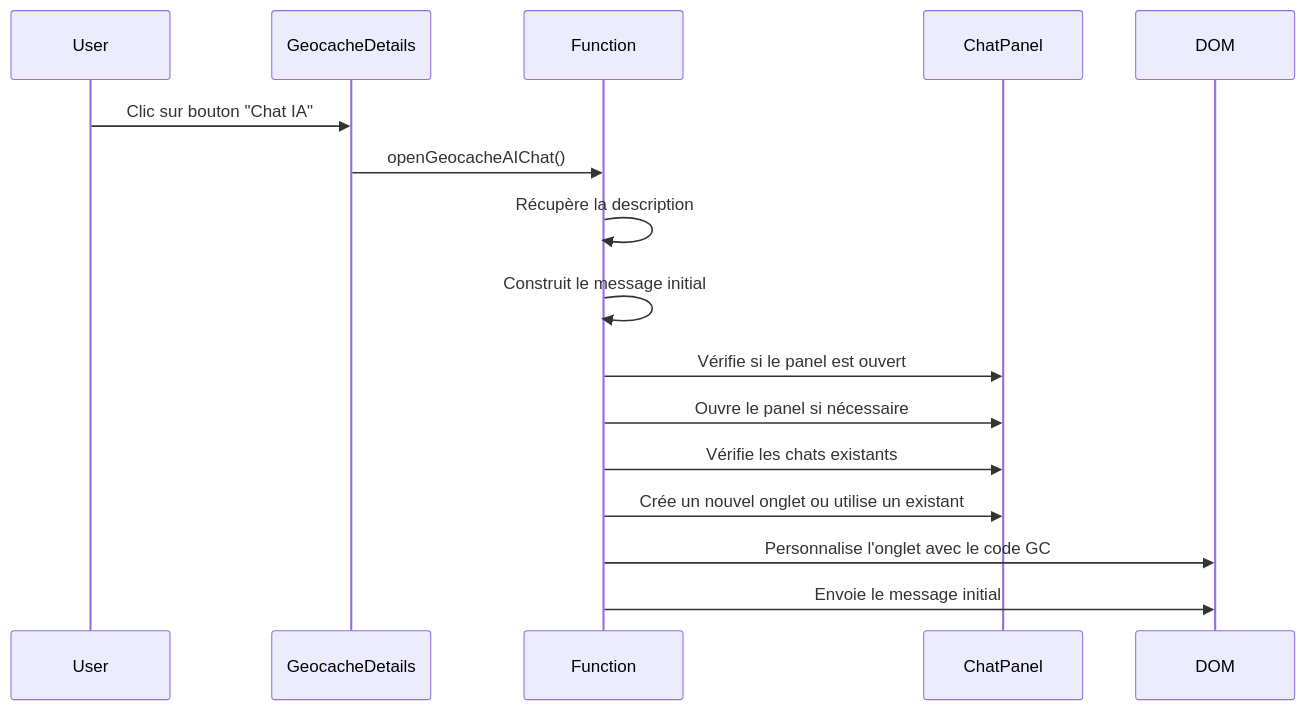
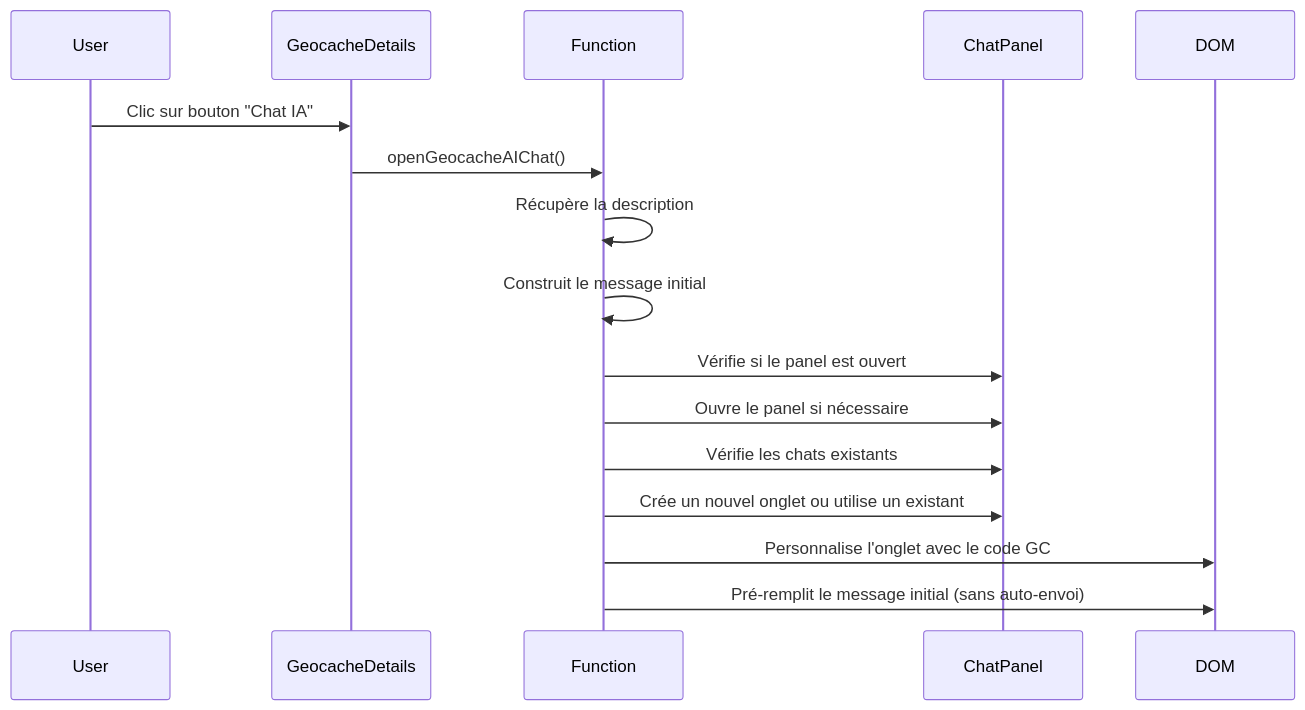
Before and after one commit to TherionAcribus/MysterAI: the fourth of 5 diagrams in docs/panel_ia.md, drawn with Mermaid. The commit also changed other lines of this file and 1 other file, not shown here.

````diff
--- a/docs/panel_ia.md
+++ b/docs/panel_ia.md
@@ -283,19 +276,19 @@
 ```mermaid
 sequenceDiagram
     participant User
     participant GeocacheDetails
     participant Function
     participant ChatPanel
     participant DOM
 
     User->>GeocacheDetails: Clic sur bouton "Chat IA"
     GeocacheDetails->>Function: openGeocacheAIChat()
     Function->>Function: Récupère la description
     Function->>Function: Construit le message initial
     Function->>ChatPanel: Vérifie si le panel est ouvert
     Function->>ChatPanel: Ouvre le panel si nécessaire
     Function->>ChatPanel: Vérifie les chats existants
     Function->>ChatPanel: Crée un nouvel onglet ou utilise un existant
     Function->>DOM: Personnalise l'onglet avec le code GC
-    Function->>DOM: Envoie le message initial
+    Function->>DOM: Pré-remplit le message initial (sans auto-envoi)
 ```
````
